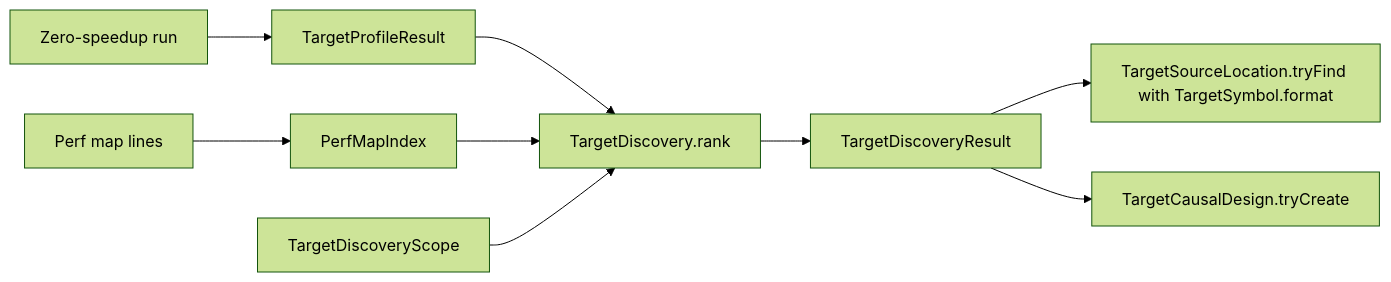
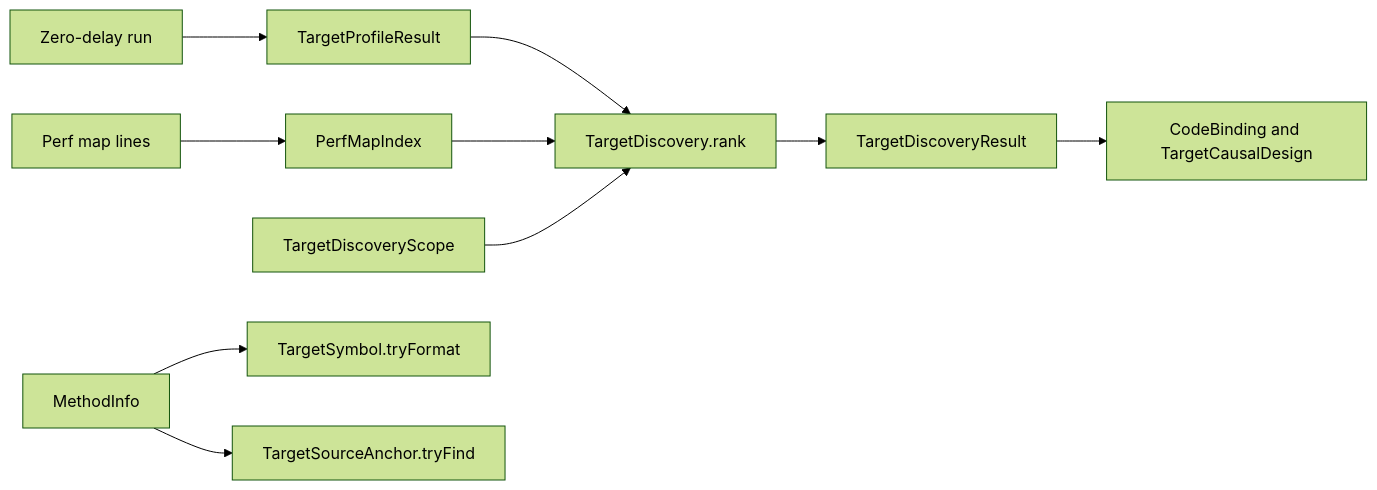
One commit to TheAngryByrd/CozNet changed the diagram in lode/plans/target-local-discovery.md. Above: the diagram before and after it, drawn with Mermaid (forest theme). The commit also changed other lines of this file and 14 other files, not shown here.

First line of the commit message:
Add method-level candidate discovery with source anchors

````diff
--- a/lode/plans/target-local-discovery.md
+++ b/lode/plans/target-local-discovery.md
@@ -24,11 +30,12 @@
 ```mermaid
 flowchart LR
-    Run[Zero-speedup run] --> Result[TargetProfileResult]
+    Run[Zero-delay run] --> Result[TargetProfileResult]
     Map[Perf map lines] --> Index[PerfMapIndex]
     Result --> Rank[TargetDiscovery.rank]
     Index --> Rank
     Scope[TargetDiscoveryScope] --> Rank
-    Rank --> Candidates[TargetDiscoveryResult]
-    Candidates --> Source[TargetSourceLocation.tryFind with TargetSymbol.format]
-    Candidates --> Design[TargetCausalDesign.tryCreate]
+    Rank --> Ranking[TargetDiscoveryResult]
+    Ranking --> Design[CodeBinding and TargetCausalDesign]
+    Method[MethodInfo] --> Symbol[TargetSymbol.tryFormat]
+    Method --> Anchor[TargetSourceAnchor.tryFind]
 ```
````
